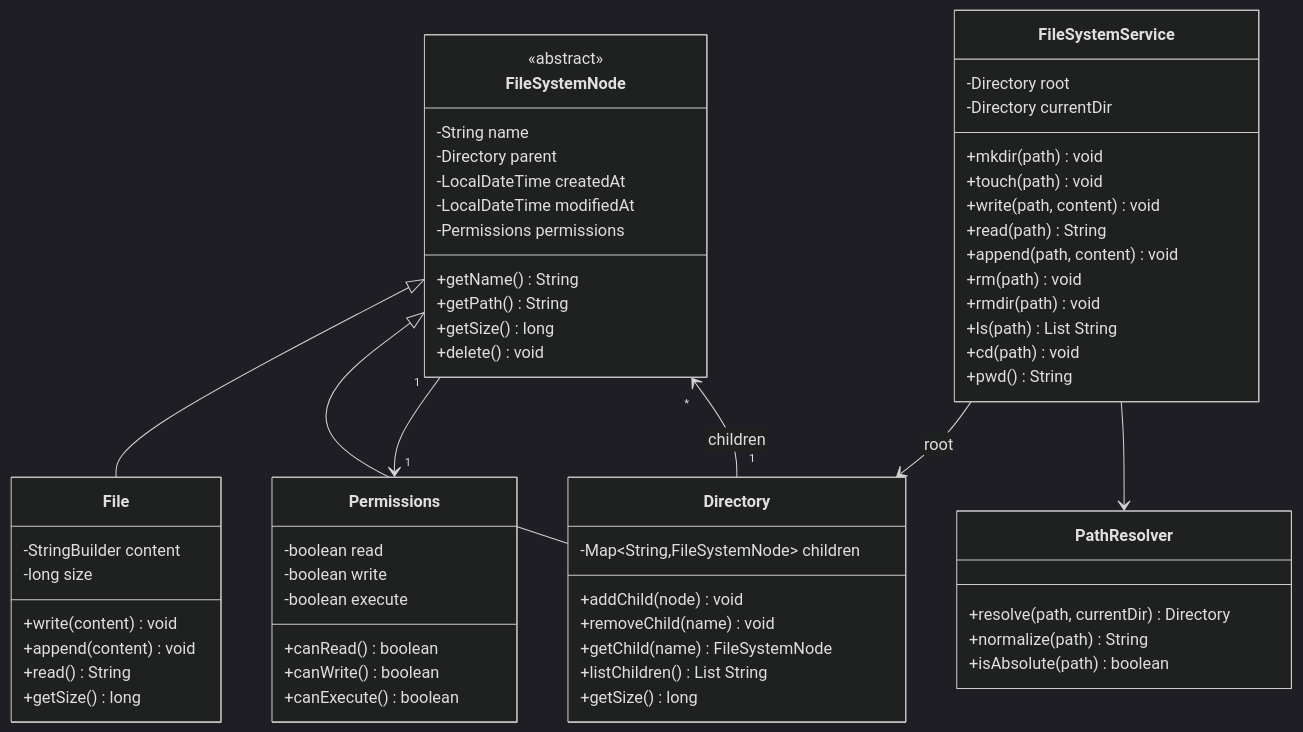
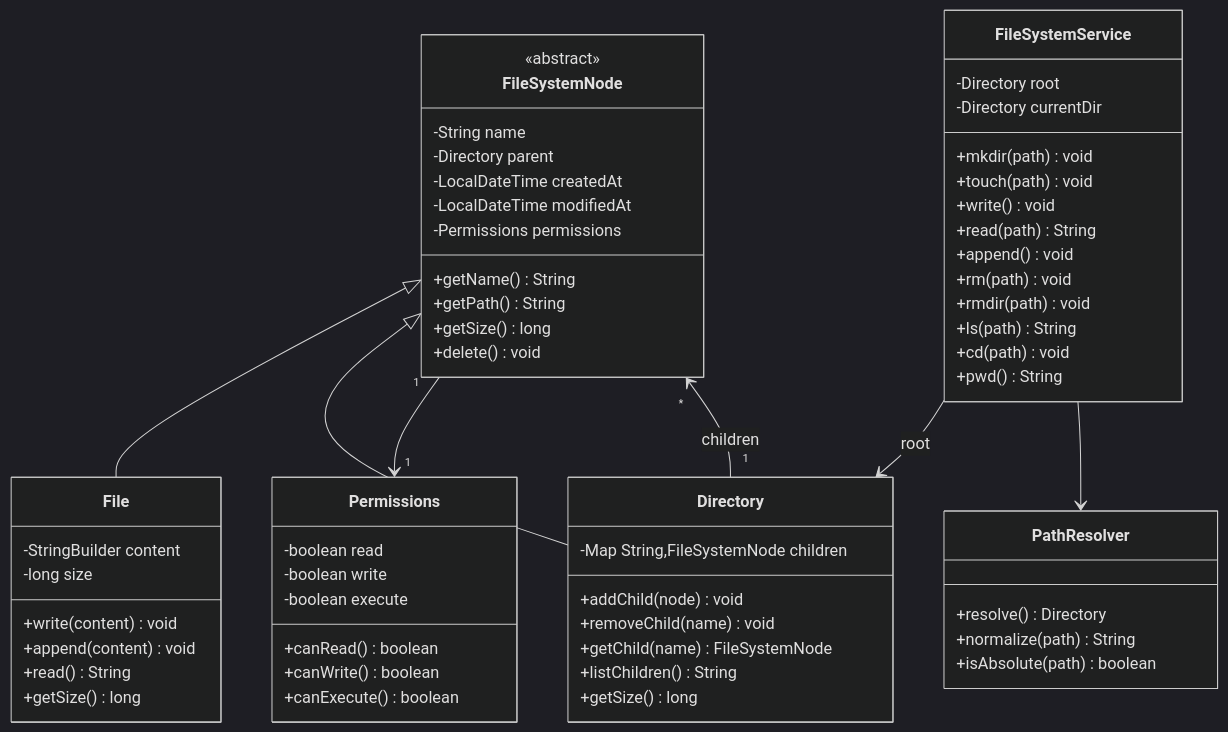
The diagram in docs/problems/filesystem/README.md (dlkr18/lld-playbook), drawn with Mermaid (dark theme) before and after one commit. The commit also changed 29 other files, not shown here.

First line of the commit message:
Fix Mermaid rendering: downgrade to v9, aggressive classDiagram sanitization.

````diff
--- a/docs/problems/filesystem/README.md
+++ b/docs/problems/filesystem/README.md
@@ -56,70 +56,70 @@
 ```mermaid
 classDiagram
     class FileSystemNode {
         <<abstract>>
         -String name
         -Directory parent
         -LocalDateTime createdAt
         -LocalDateTime modifiedAt
         -Permissions permissions
         +getName() String
         +getPath() String
         +getSize() long
         +delete() void
     }
 
     class File {
         -StringBuilder content
         -long size
         +write(content) void
         +append(content) void
         +read() String
         +getSize() long
     }
 
     class Directory {
-        -Map~String,FileSystemNode~ children
+        -Map String,FileSystemNode children
         +addChild(node) void
         +removeChild(name) void
         +getChild(name) FileSystemNode
-        +listChildren() List String
+        +listChildren() String
         +getSize() long
     }
 
     class FileSystemService {
         -Directory root
         -Directory currentDir
         +mkdir(path) void
         +touch(path) void
-        +write(path, content) void
+        +write() void
         +read(path) String
-        +append(path, content) void
+        +append() void
         +rm(path) void
         +rmdir(path) void
-        +ls(path) List String
+        +ls(path) String
         +cd(path) void
         +pwd() String
     }
 
     class PathResolver {
-        +resolve(path, currentDir) Directory
+        +resolve() Directory
         +normalize(path) String
         +isAbsolute(path) boolean
     }
 
     class Permissions {
         -boolean read
         -boolean write
         -boolean execute
         +canRead() boolean
         +canWrite() boolean
         +canExecute() boolean
     }
 
     FileSystemNode <|-- File
     FileSystemNode <|-- Directory
     Directory "1" --> "*" FileSystemNode : children
     FileSystemNode "1" --> "1" Permissions
     FileSystemService --> Directory : root
     FileSystemService --> PathResolver
 ```
````
